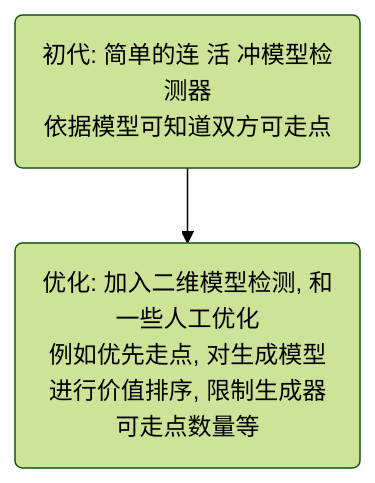
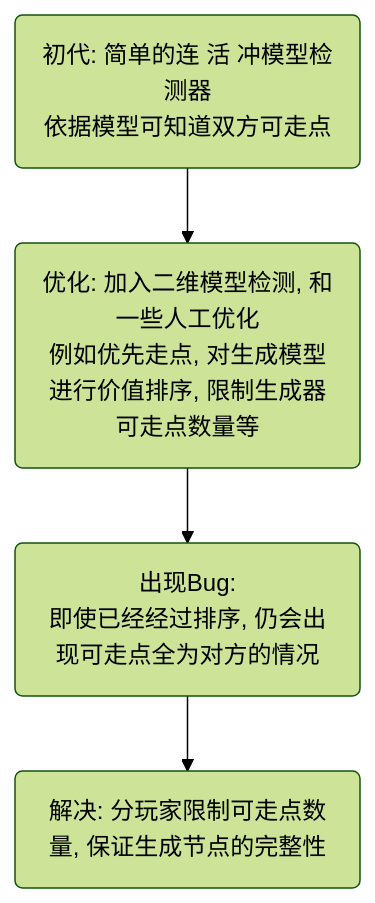
Diagram 11 of 13 in Document/doc.md (TwilightLemon/GobangCat), drawn with Mermaid (forest theme) before and after one commit. The commit also changed other lines of this file and 3 other files, not shown here.

````diff
--- a/Document/doc.md
+++ b/Document/doc.md
@@ -188,4 +189,5 @@
 ```mermaid
 graph TD;
     first(初代: 简单的连 活 冲模型检测器\n依据模型可知道双方可走点)-->second(优化: 加入二维模型检测, 和一些人工优化\n例如优先走点, 对生成模型进行价值排序, 限制生成器可走点数量等)
+    second-->prob(出现Bug:\n即使已经经过排序, 仍会出现可走点全为对方的情况)-->solve(解决: 分玩家限制可走点数量, 保证生成节点的完整性)
 ```
````
